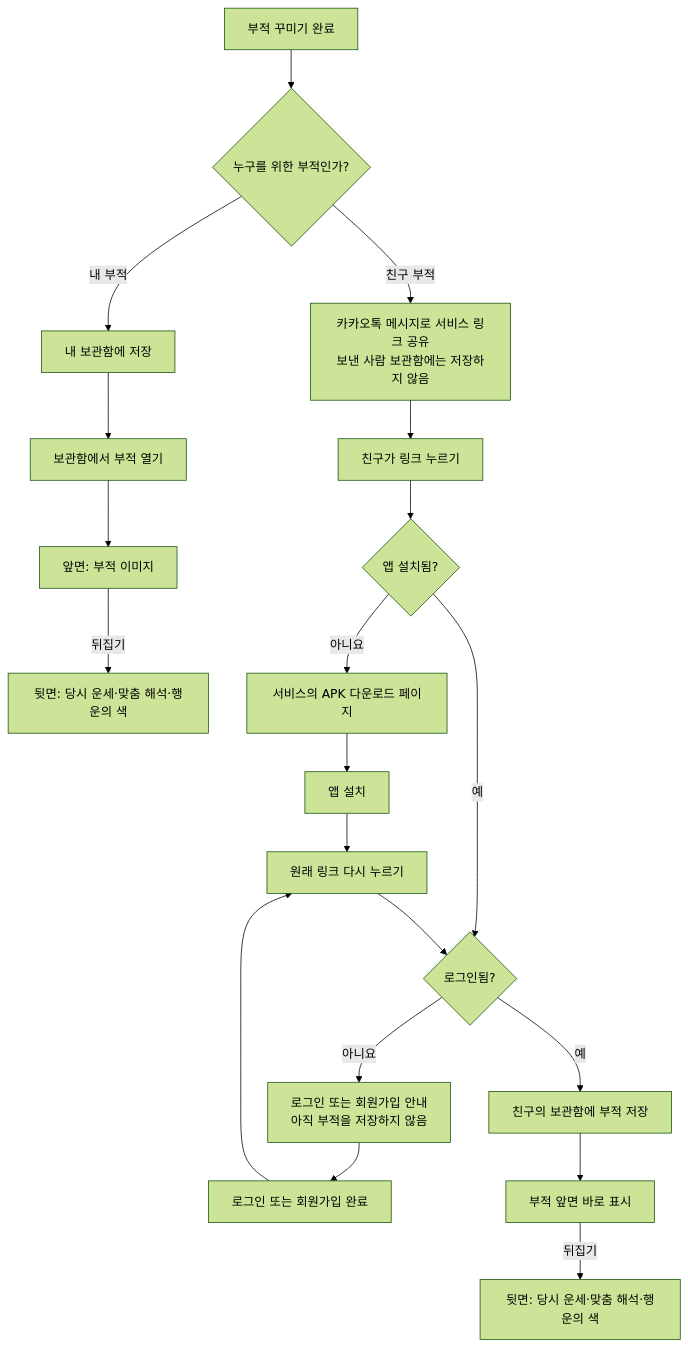
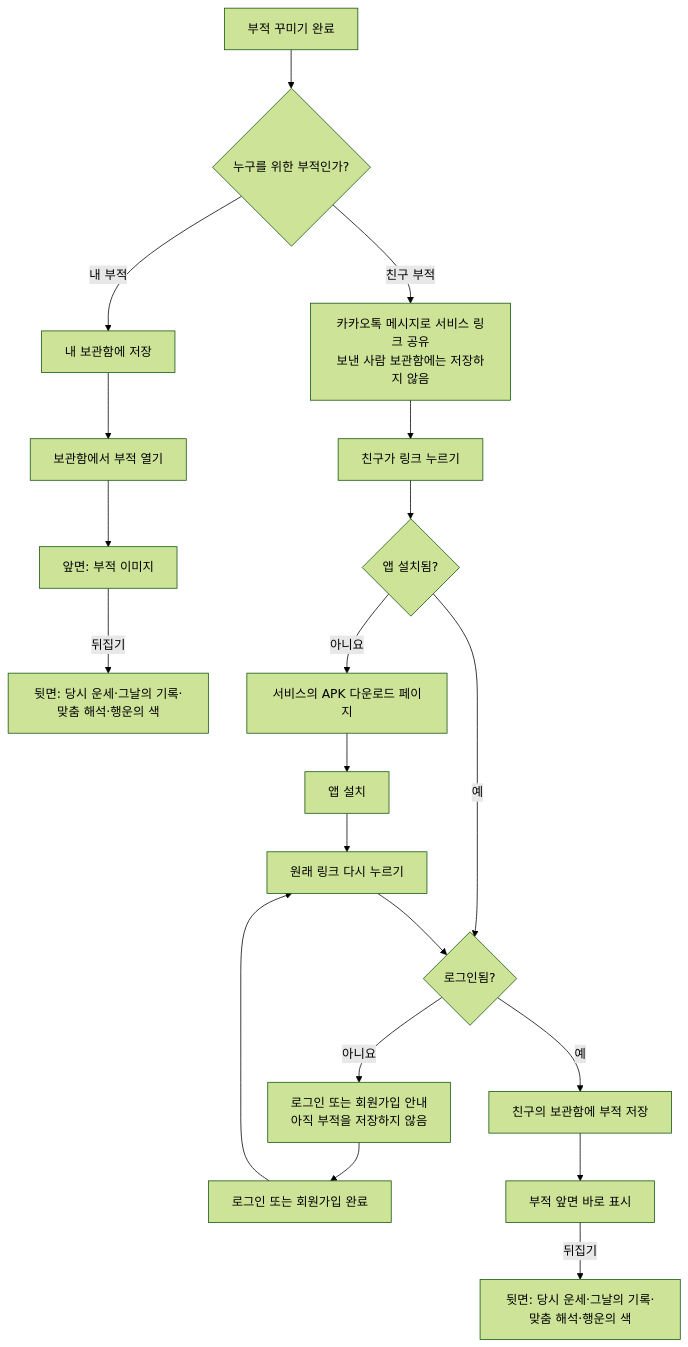
One commit to wooseok-02/amulet changed the diagram in docs/AMULET_STORAGE_AND_SHARING.md. Above: the diagram before and after it, drawn with Mermaid (forest theme). The commit also changed other lines of this file and 23 other files, not shown here.

````diff
--- a/docs/AMULET_STORAGE_AND_SHARING.md
+++ b/docs/AMULET_STORAGE_AND_SHARING.md
@@ -21,24 +25,24 @@
 ```mermaid
 flowchart TD
     A[부적 꾸미기 완료] --> B{누구를 위한 부적인가?}
 
     B -->|내 부적| C[내 보관함에 저장]
     C --> D[보관함에서 부적 열기]
     D --> E[앞면: 부적 이미지]
-    E -->|뒤집기| F[뒷면: 당시 운세·맞춤 해석·행운의 색]
+    E -->|뒤집기| F[뒷면: 당시 운세·그날의 기록·맞춤 해석·행운의 색]
 
     B -->|친구 부적| G["카카오톡 메시지로 서비스 링크 공유<br/>보낸 사람 보관함에는 저장하지 않음"]
     G --> H[친구가 링크 누르기]
     H --> I{앱 설치됨?}
     I -->|아니요| J[서비스의 APK 다운로드 페이지]
     J --> K[앱 설치]
     K --> L[원래 링크 다시 누르기]
     I -->|예| M{로그인됨?}
     L --> M
     M -->|아니요| N["로그인 또는 회원가입 안내<br/>아직 부적을 저장하지 않음"]
     N --> O[로그인 또는 회원가입 완료]
     O --> L
     M -->|예| P[친구의 보관함에 부적 저장]
     P --> Q[부적 앞면 바로 표시]
-    Q -->|뒤집기| R[뒷면: 당시 운세·맞춤 해석·행운의 색]
+    Q -->|뒤집기| R[뒷면: 당시 운세·그날의 기록·맞춤 해석·행운의 색]
 ```
````
